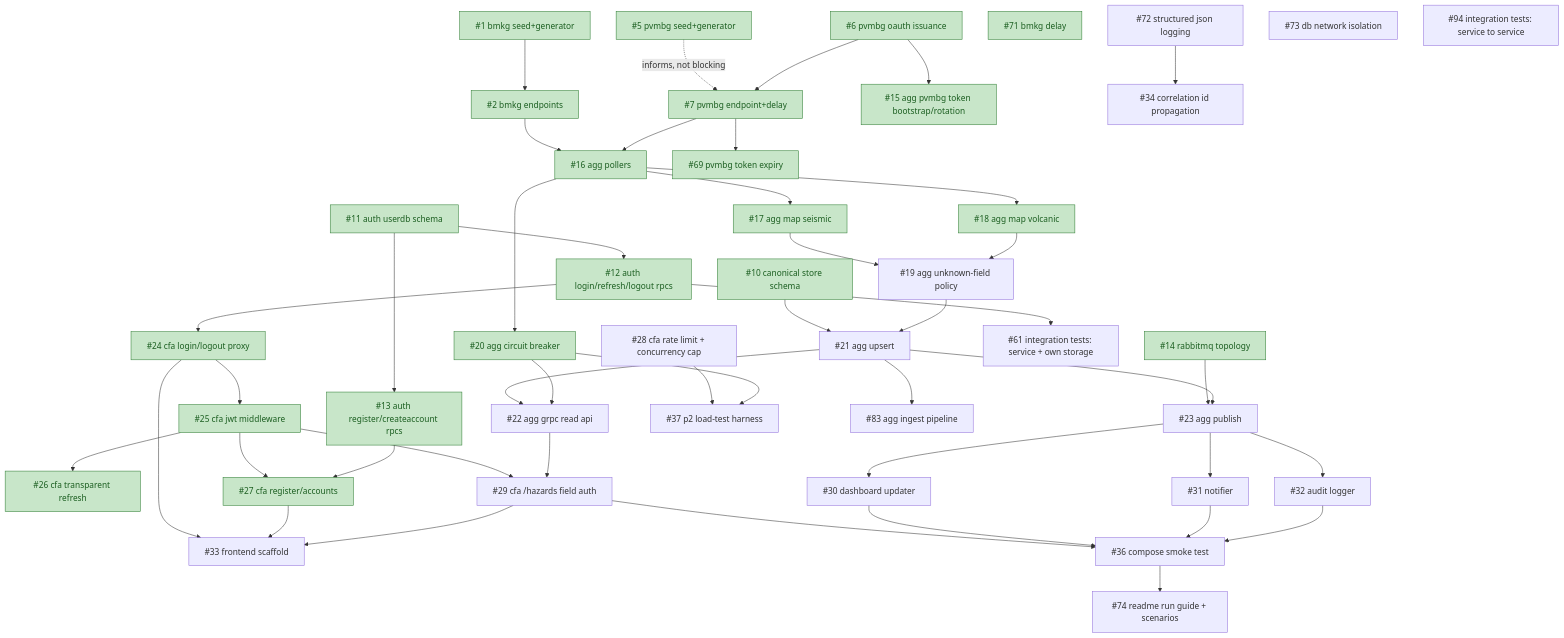
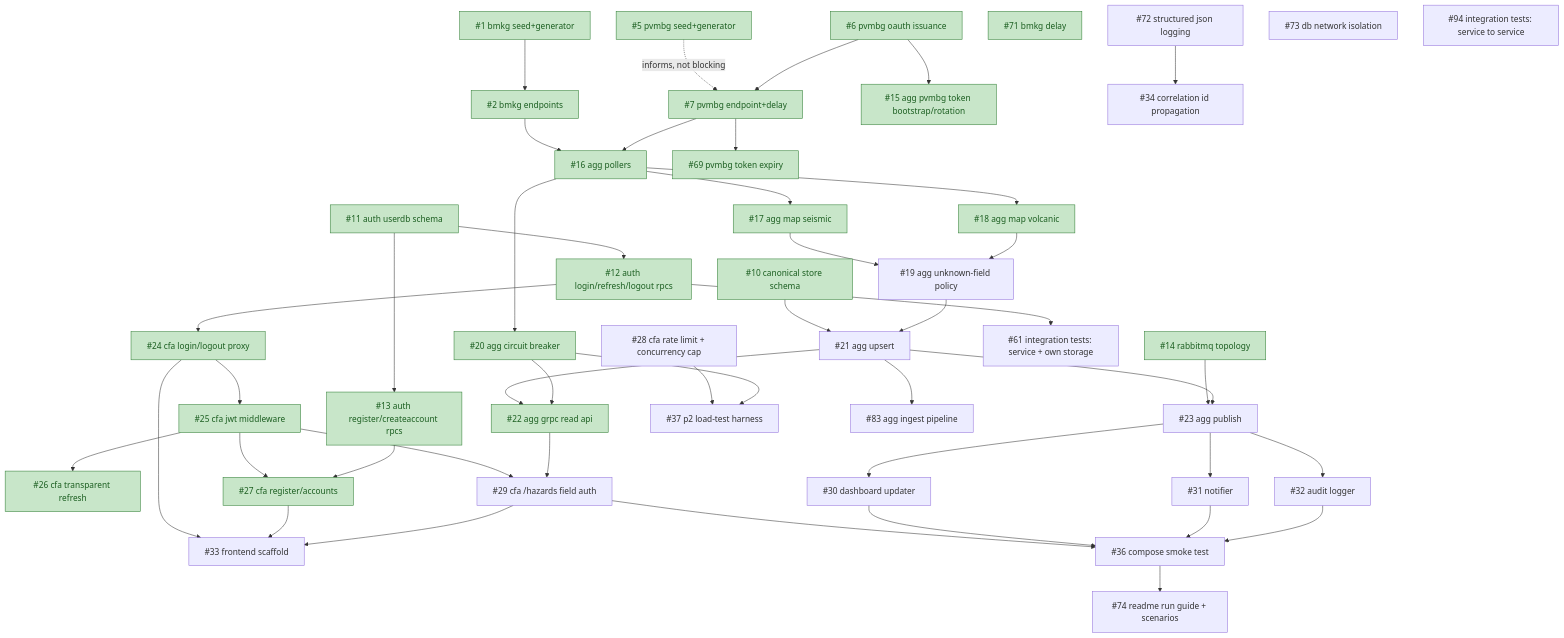
Before and after one commit to brii26/distributed-hazard-coordination: the diagram in doc/BACKLOG_DEPENDENCIES.md, drawn with Mermaid. The commit also changed other lines of this file and 11 other files, not shown here.

````diff
--- a/doc/BACKLOG_DEPENDENCIES.md
+++ b/doc/BACKLOG_DEPENDENCIES.md
@@ -23,63 +24,63 @@
 ```mermaid
 graph TD
   1["#1 bmkg seed+generator"] --> 2["#2 bmkg endpoints"]
   5["#5 pvmbg seed+generator"] -.->|informs, not blocking| 7
 
   6["#6 pvmbg oauth issuance"] --> 15["#15 agg pvmbg token bootstrap/rotation"]
   6 --> 7["#7 pvmbg endpoint+delay"]
   7 --> 69["#69 pvmbg token expiry"]
 
   2 --> 16["#16 agg pollers"]
   7 --> 16
   16 --> 17["#17 agg map seismic"]
   16 --> 18["#18 agg map volcanic"]
   16 --> 20["#20 agg circuit breaker"]
   17 --> 19["#19 agg unknown-field policy"]
   18 --> 19
 
   10["#10 canonical store schema"] --> 21["#21 agg upsert"]
   19 --> 21
   21 --> 22["#22 agg grpc read api"]
   20 --> 22
 
   14["#14 rabbitmq topology"] --> 23["#23 agg publish"]
   21 --> 23
   21 --> 83["#83 agg ingest pipeline"]
 
   11["#11 auth userdb schema"] --> 12["#12 auth login/refresh/logout rpcs"]
   11 --> 13["#13 auth register/createaccount rpcs"]
 
   12 --> 24["#24 cfa login/logout proxy"]
   12 --> 61["#61 integration tests: service + own storage"]
   24 --> 25["#25 cfa jwt middleware"]
   25 --> 26["#26 cfa transparent refresh"]
   25 --> 27["#27 cfa register/accounts"]
   13 --> 27
   25 --> 29["#29 cfa /hazards field auth"]
   22 --> 29
 
   23 --> 30["#30 dashboard updater"]
   23 --> 31["#31 notifier"]
   23 --> 32["#32 audit logger"]
 
   24 --> 33["#33 frontend scaffold"]
   27 --> 33
   29 --> 33
 
   29 --> 36["#36 compose smoke test"]
   30 --> 36
   31 --> 36
   32 --> 36
 
   28["#28 cfa rate limit + concurrency cap"] --> 37["#37 p2 load-test harness"]
   20 --> 37
 
   72["#72 structured json logging"] --> 34["#34 correlation id propagation"]
   36 --> 74["#74 readme run guide + scenarios"]
   71["#71 bmkg delay"]
   73["#73 db network isolation"]
   94["#94 integration tests: service to service"]
 
   classDef done fill:#c8e6c9,stroke:#2e7d32,color:#1b5e20
-  class 1,2,5,6,7,10,11,12,13,14,15,16,17,18,20,24,25,26,27,69,71 done
+  class 1,2,5,6,7,10,11,12,13,14,15,16,17,18,20,22,24,25,26,27,69,71 done
 ```
````
